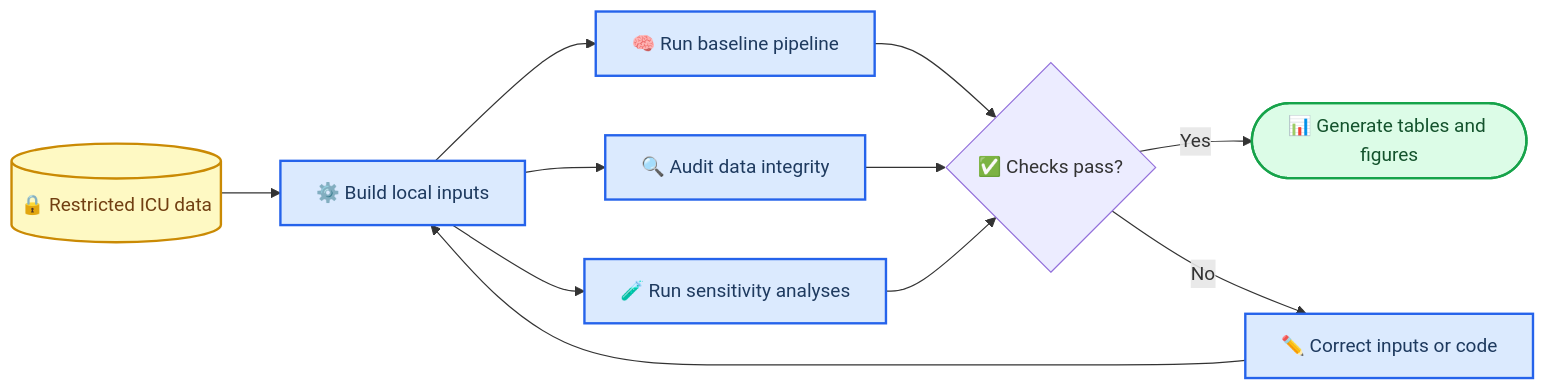
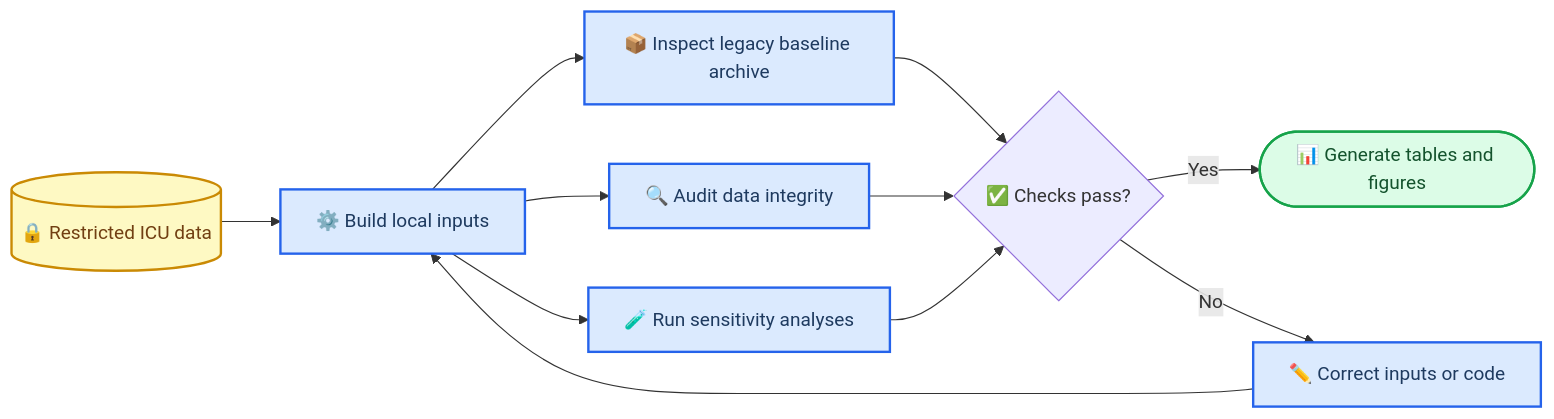
The diagram in README.md (HaibooZhu/SA-AKI-Longitudinal-Subphenotyping), drawn with Mermaid before and after one commit. The commit also changed other lines of this file and 91 other files, not shown here.

````diff
--- a/README.md
+++ b/README.md
@@ -31,24 +31,24 @@
 ```mermaid
 flowchart LR
     accTitle: SA-AKI Analysis Workflow
     accDescr: Restricted ICU data are transformed into local harmonized inputs, analyzed by the baseline pipeline and revision workstreams, then checked before tables and figures are generated
 
     restricted[(🔒 Restricted ICU data)] --> harmonize[⚙️ Build local inputs]
-    harmonize --> baseline[🧠 Run baseline pipeline]
+    harmonize --> baseline[📦 Inspect legacy baseline archive]
     harmonize --> audit[🔍 Audit data integrity]
     harmonize --> sensitivity[🧪 Run sensitivity analyses]
     baseline --> verify{✅ Checks pass?}
     audit --> verify
     sensitivity --> verify
     verify -->|Yes| outputs([📊 Generate tables and figures])
     verify -->|No| revise[✏️ Correct inputs or code]
     revise --> harmonize
 
     classDef restricted_style fill:#fef9c3,stroke:#ca8a04,stroke-width:2px,color:#713f12
     classDef process_style fill:#dbeafe,stroke:#2563eb,stroke-width:2px,color:#1e3a5f
     classDef output_style fill:#dcfce7,stroke:#16a34a,stroke-width:2px,color:#14532d
 
     class restricted restricted_style
     class harmonize,baseline,audit,sensitivity,revise process_style
     class outputs output_style
 ```
````
